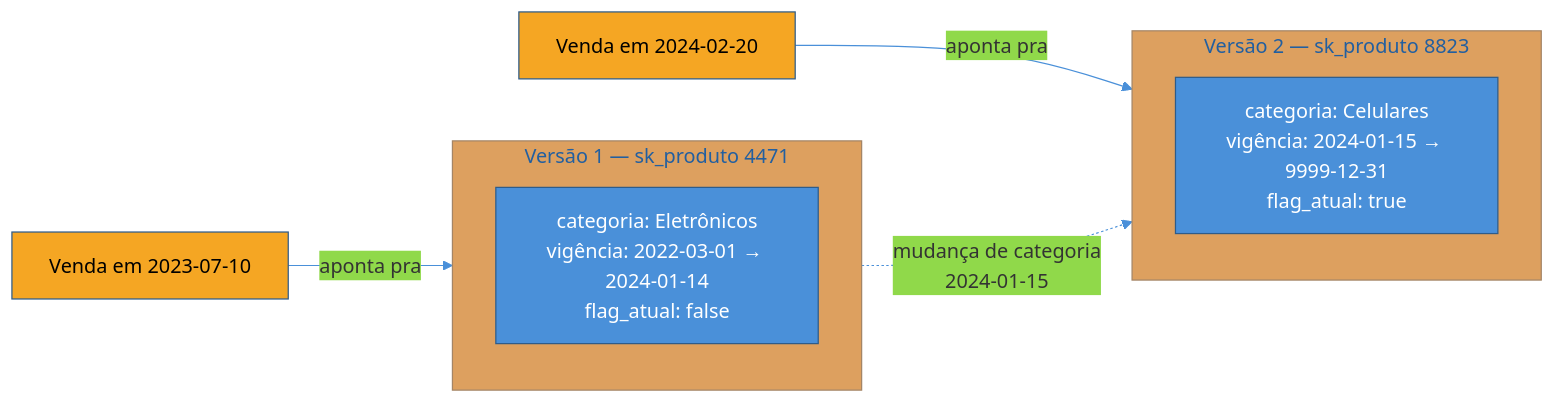
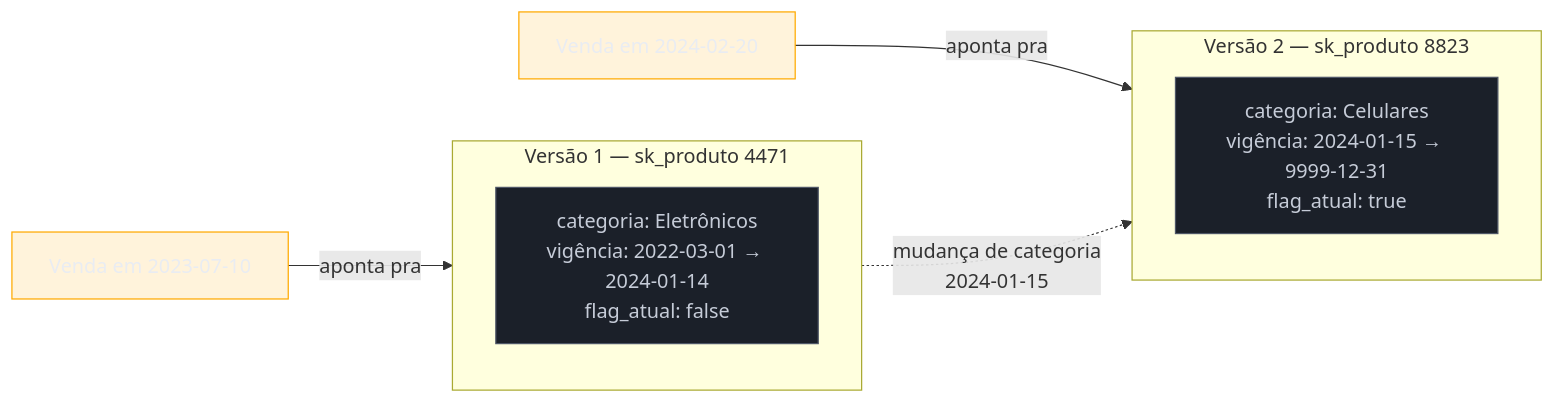
The diagram in 03-Dominios/Engenharia/Dados/2 - Modelagem para analytics/04 - Slowly Changing Dimensions.md (josenaldo/codex-technomanticus), drawn with Mermaid before and after one commit. The commit also changed 1181 other files, not shown here.

First line of the commit message:
fix(diagramas): paleta do sistema no lugar de cor cravada no markdown

````diff
--- a/03-Dominios/Engenharia/Dados/2 - Modelagem para analytics/04 - Slowly Changing Dimensions.md
+++ b/03-Dominios/Engenharia/Dados/2 - Modelagem para analytics/04 - Slowly Changing Dimensions.md
@@ -178,22 +178,23 @@
 ```mermaid
-%%{init: {"theme": "base", "themeVariables": {"primaryColor": "#4A90D9", "primaryBorderColor": "#2E5C8A", "lineColor": "#4A90D9"}}}%%
 graph LR
+    classDef neutro fill:#1B2029,stroke:#4E5666,color:#C6CCD8
+    classDef destaque fill:#FFAA0024,stroke:#FFAA00,color:#E9ECF2
     subgraph V1["Versão 1 — sk_produto 4471"]
         direction TB
         A1["categoria: Eletrônicos<br/>vigência: 2022-03-01 → 2024-01-14<br/>flag_atual: false"]
     end
 
     subgraph V2["Versão 2 — sk_produto 8823"]
         direction TB
         A2["categoria: Celulares<br/>vigência: 2024-01-15 → 9999-12-31<br/>flag_atual: true"]
     end
 
     F1["Venda em 2023-07-10"] -->|"aponta pra"| A1
     F2["Venda em 2024-02-20"] -->|"aponta pra"| A2
     A1 -.->|"mudança de categoria<br/>2024-01-15"| A2
 
-    style A1 fill:#4A90D9,color:#fff
-    style A2 fill:#4A90D9,color:#fff
-    style F1 fill:#F5A623,color:#000
-    style F2 fill:#F5A623,color:#000
+    class A1 neutro
+    class A2 neutro
+    class F1 destaque
+    class F2 destaque
 ```
````
